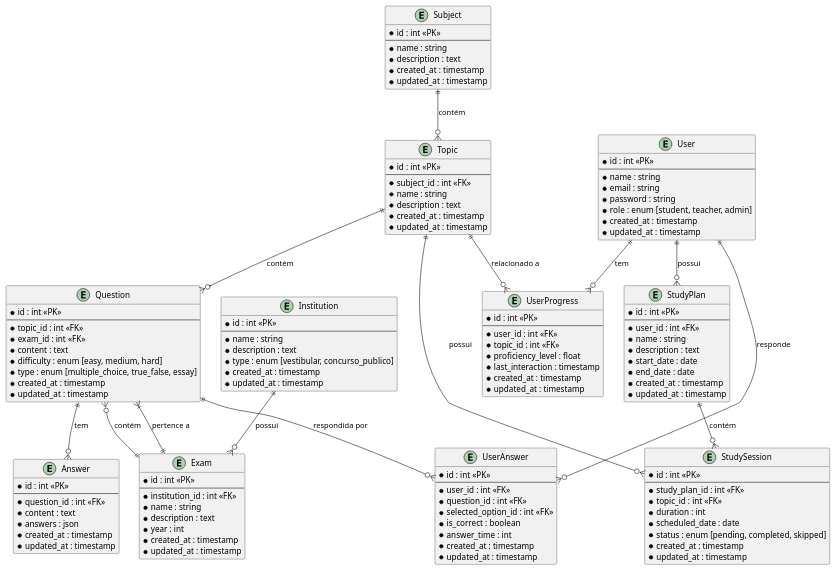
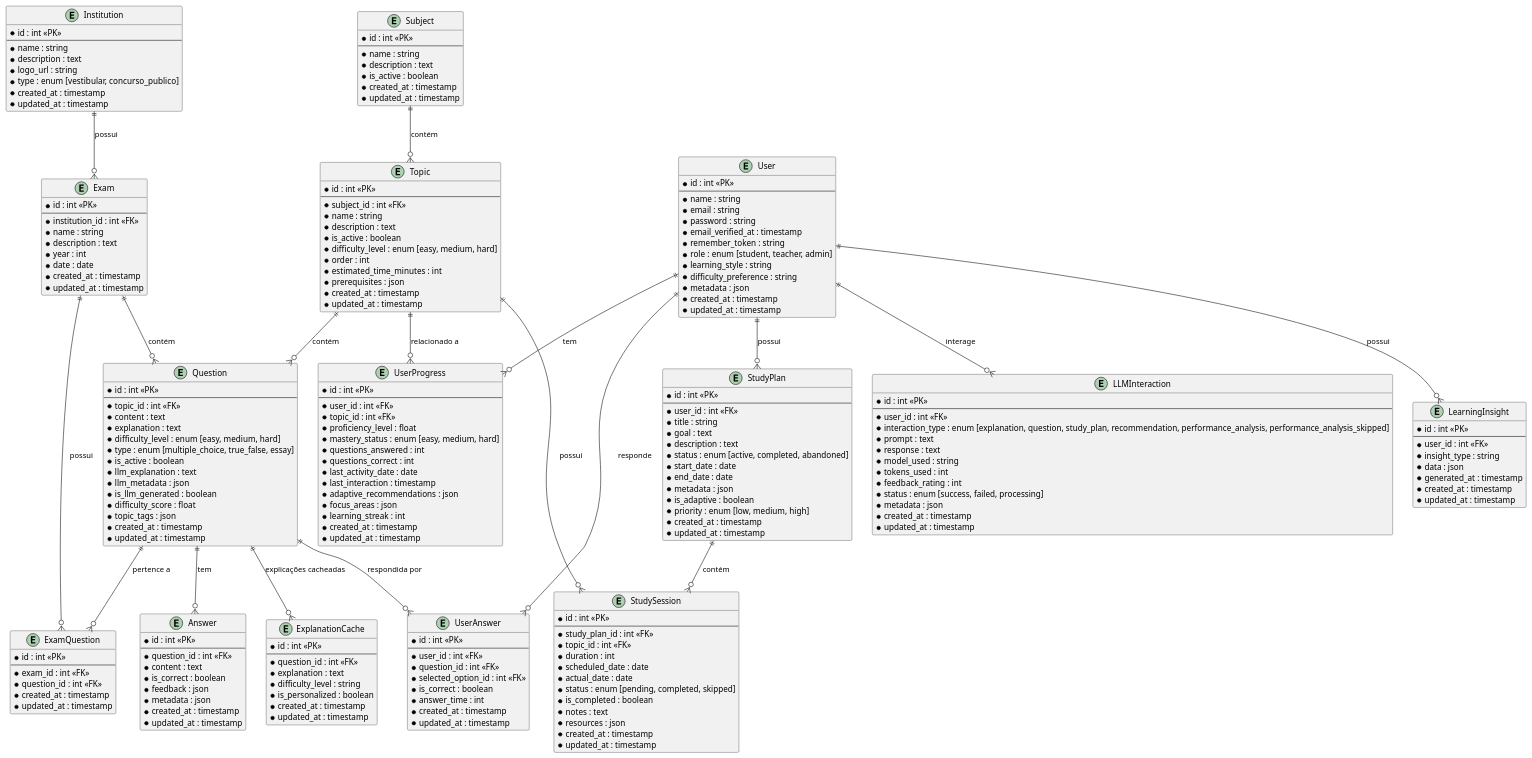
Before and after one commit to JoaoLucasMoraisOrtiz/aprendaAI: the diagram in aprendaAI/database_schema.puml, drawn with PlantUML. The commit also changed 112 other files, not shown here.

```diff
--- a/aprendaAI/database_schema.puml
+++ b/aprendaAI/database_schema.puml
@@ -7,7 +7,12 @@
   * name : string
   * email : string
   * password : string
+  * email_verified_at : timestamp
+  * remember_token : string
   * role : enum [student, teacher, admin]
+  * learning_style : string
+  * difficulty_preference : string
+  * metadata : json
   * created_at : timestamp
   * updated_at : timestamp
 }
@@ -17,6 +22,7 @@
   --
   * name : string
   * description : text
+  * is_active : boolean
   * created_at : timestamp
   * updated_at : timestamp
 }
@@ -27,6 +33,11 @@
   * subject_id : int <<FK>>
   * name : string
   * description : text
+  * is_active : boolean
+  * difficulty_level : enum [easy, medium, hard]
+  * order : int
+  * estimated_time_minutes : int
+  * prerequisites : json
   * created_at : timestamp
   * updated_at : timestamp
 }
@@ -35,30 +46,38 @@
   * id : int <<PK>>
   --
   * topic_id : int <<FK>>
-  * exam_id : int <<FK>>
   * content : text
-  * difficulty : enum [easy, medium, hard]
+  * explanation : text
+  * difficulty_level : enum [easy, medium, hard]
   * type : enum [multiple_choice, true_false, essay]
+  * is_active : boolean
+  * llm_explanation : text
+  * llm_metadata : json
+  * is_llm_generated : boolean
+  * difficulty_score : float
+  * topic_tags : json
   * created_at : timestamp
   * updated_at : timestamp
 }
 
-entity "Answer" as option {
+entity "Answer" as answer {
   * id : int <<PK>>
   --
   * question_id : int <<FK>>
   * content : text
-  * answers : json
+  * is_correct : boolean
+  * feedback : json
+  * metadata : json
   * created_at : timestamp
   * updated_at : timestamp
 }
-
 
 entity "Institution" as institution {
   * id : int <<PK>>
   --
   * name : string
   * description : text
+  * logo_url : string
   * type : enum [vestibular, concurso_publico]
   * created_at : timestamp
   * updated_at : timestamp
@@ -71,6 +90,7 @@
   * name : string
   * description : text
   * year : int
+  * date : date
   * created_at : timestamp
   * updated_at : timestamp
 }
@@ -81,12 +101,19 @@
   * user_id : int <<FK>>
   * topic_id : int <<FK>>
   * proficiency_level : float
+  * mastery_status : enum [easy, medium, hard]
+  * questions_answered : int
+  * questions_correct : int
+  * last_activity_date : date
   * last_interaction : timestamp
+  * adaptive_recommendations : json
+  * focus_areas : json
+  * learning_streak : int
   * created_at : timestamp
   * updated_at : timestamp
 }
 
-entity "UserAnswer" as answer {
+entity "UserAnswer" as user_answer {
   * id : int <<PK>>
   --
   * user_id : int <<FK>>
@@ -102,10 +129,15 @@
   * id : int <<PK>>
   --
   * user_id : int <<FK>>
-  * name : string
+  * title : string
+  * goal : text
   * description : text
+  * status : enum [active, completed, abandoned]
   * start_date : date
   * end_date : date
+  * metadata : json
+  * is_adaptive : boolean
+  * priority : enum [low, medium, high]
   * created_at : timestamp
   * updated_at : timestamp
 }
@@ -117,18 +149,68 @@
   * topic_id : int <<FK>>
   * duration : int
   * scheduled_date : date
+  * actual_date : date
   * status : enum [pending, completed, skipped]
+  * is_completed : boolean
+  * notes : text
+  * resources : json
   * created_at : timestamp
   * updated_at : timestamp
 }
 
-' Removido modelo ExamQuestion, pois cada questão pertence a um único exame
+entity "LLMInteraction" as llm {
+  * id : int <<PK>>
+  --
+  * user_id : int <<FK>>
+  * interaction_type : enum [explanation, question, study_plan, recommendation, performance_analysis, performance_analysis_skipped]
+  * prompt : text
+  * response : text
+  * model_used : string
+  * tokens_used : int
+  * feedback_rating : int
+  * status : enum [success, failed, processing]
+  * metadata : json
+  * created_at : timestamp
+  * updated_at : timestamp
+}
 
+entity "ExplanationCache" as explanation_cache {
+  * id : int <<PK>>
+  --
+  * question_id : int <<FK>>
+  * explanation : text
+  * difficulty_level : string
+  * is_personalized : boolean
+  * created_at : timestamp
+  * updated_at : timestamp
+}
+
+entity "ExamQuestion" as exam_question {
+  * id : int <<PK>>
+  --
+  * exam_id : int <<FK>>
+  * question_id : int <<FK>>
+  * created_at : timestamp
+  * updated_at : timestamp
+}
+
+entity "LearningInsight" as learning_insight {
+  * id : int <<PK>>
+  --
+  * user_id : int <<FK>>
+  * insight_type : string
+  * data : json
+  * generated_at : timestamp
+  * created_at : timestamp
+  * updated_at : timestamp
+}
 
 ' Relacionamentos
 user ||--o{ progress : "tem"
-user ||--o{ answer : "responde"
+user ||--o{ user_answer : "responde"
 user ||--o{ plan : "possui"
+user ||--o{ llm : "interage"
+user ||--o{ learning_insight : "possui"
 
 subject ||--o{ topic : "contém"
 
@@ -136,13 +218,15 @@
 topic ||--o{ session : "possui"
 topic ||--o{ progress : "relacionado a"
 
-question ||--o{ option : "tem"
-question ||--o{ answer : "respondida por"
-question }|--|| exam : "pertence a"
+question ||--o{ answer : "tem"
+question ||--o{ user_answer : "respondida por"
+question ||--o{ explanation_cache : "explicações cacheadas"
 
 plan ||--o{ session : "contém"
 
 institution ||--o{ exam : "possui"
 exam ||--o{ question : "contém"
+exam ||--o{ exam_question : "possui"
+question ||--o{ exam_question : "pertence a"
 
 @enduml
```
